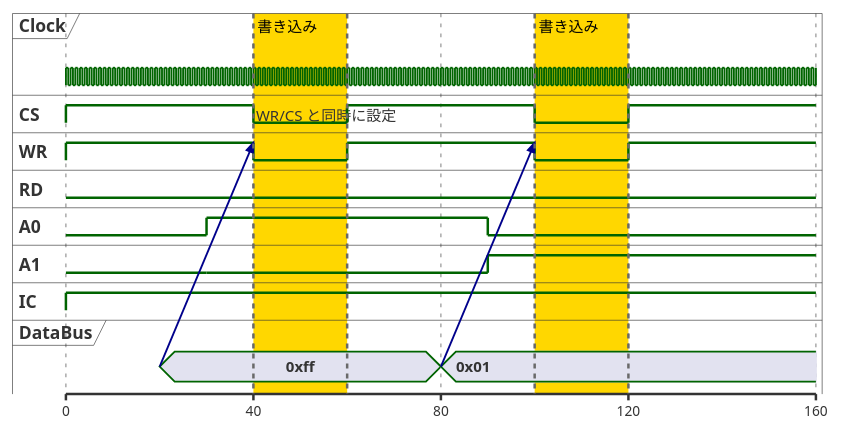
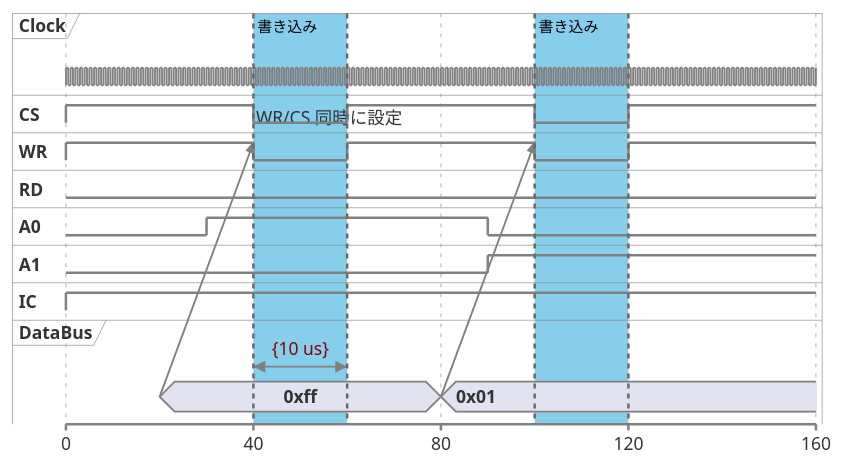
One commit to h1romas4/asciidoctor-gradle-template changed the diagram in src/docs/asciidoc/Chapter04/puml/diag-timing-sample1.puml. Above: the diagram before and after it, drawn with PlantUML. The commit also changed 15 other files, not shown here.

```diff
--- a/src/docs/asciidoc/Chapter04/puml/diag-timing-sample1.puml
+++ b/src/docs/asciidoc/Chapter04/puml/diag-timing-sample1.puml
@@ -1,64 +1,72 @@
 @startuml diag-timing-sample1
+<style>
+timingDiagram {
+    LineColor gray
+    FontSize 14
+}
+</style>
+'mode compact
 scale 40 as 150 pixels
 clock "Clock" as clk with period 1
 binary "CS" as CS
 binary "WR" as WR
 binary "RD" as RD
 binary "A0" as A0
 binary "A1" as A1
 binary "IC" as IC
 concise "DataBus" as DB
 
 @0 as :start
 @20 as :set_data_bus_1
 @30 as :set_addr_1
 @40 as :write_start_1
 @60 as :write_end_1
 @80 as :set_data_bus_2
 @90 as :set_addr_2
 @100 as :write_start_2
 @120 as :write_end_2
 
 @:start
 IC is high
 CS is high
 WR is high
 RD is low
 A0 is low
 A1 is low
 
 @:set_data_bus_1
 DB is "0xff"
 DB -> WR@+20
 
 @:set_addr_1
 A0 is high
 A1 is low
 
 @:write_start_1
-CS is low : WR/CS と同時に設定
+CS is low : WR/CS 同時に設定
 WR is low
+DB@40 <-> @60 : {10 us}
 
 @:write_end_1
 CS is high
 WR is high
 
 @:set_data_bus_2
 DB is "0x01"
 DB -> WR@+20
 
 @:set_addr_2
 A0 is low
 A1 is high
 
 @:write_start_2
 CS is low
 WR is low
 
 @:write_end_2
 CS is high
 WR is high
 
-highlight 40 to 60 #Gold;line:DimGrey : 書き込み
-highlight 100 to 120 #Gold;line:DimGrey : 書き込み
+highlight 40 to 60 #SkyBlue;line:DimGrey : 書き込み
+highlight 100 to 120 #SkyBlue;line:DimGrey : 書き込み
 @enduml
```
